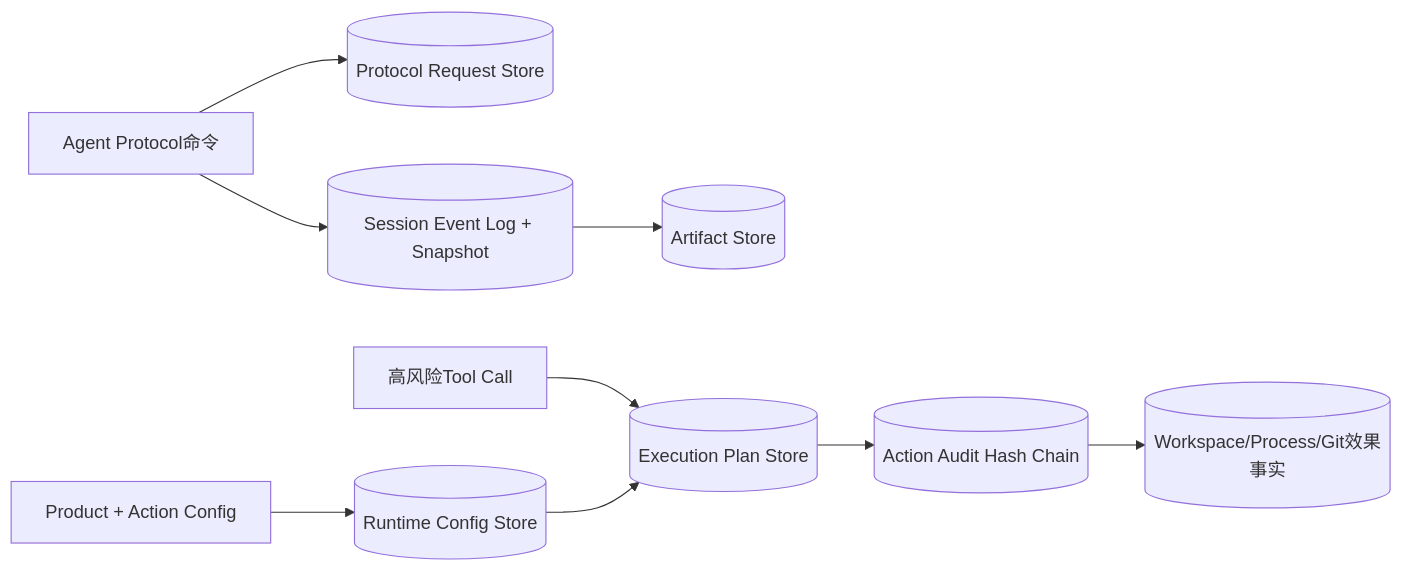
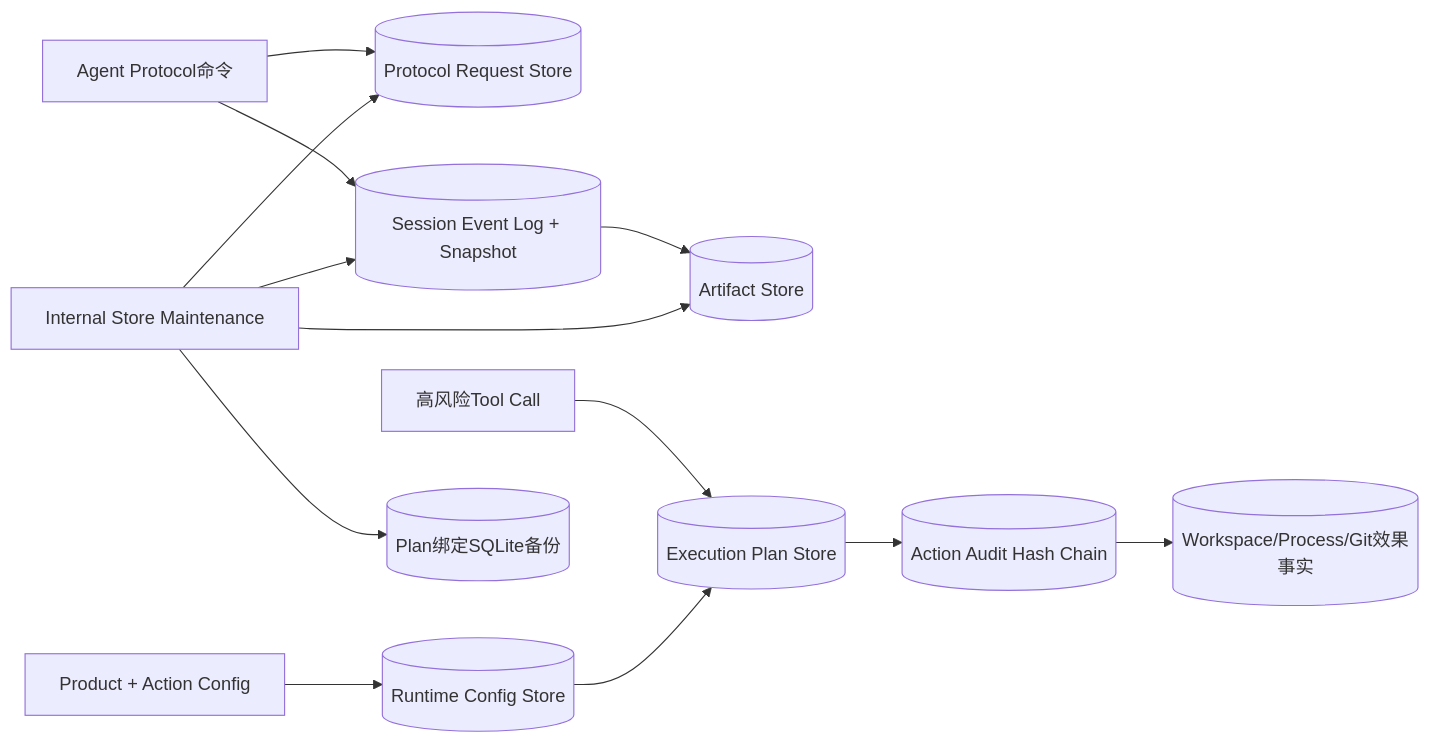
The sixth of 7 diagrams in docs/architecture.md (carrie1988/Harnessix), drawn with Mermaid before and after one commit. The commit also changed other lines of this file and 16 other files, not shown here.

````diff
--- a/docs/architecture.md
+++ b/docs/architecture.md
@@ -301,11 +308,15 @@
 ```mermaid
 flowchart LR
     Commands[Agent Protocol命令] --> Requests[(Protocol Request Store)]
     Commands --> Session[(Session Event Log + Snapshot)]
     Session --> Artifacts[(Artifact Store)]
     ToolCall[高风险Tool Call] --> Plan[(Execution Plan Store)]
     Plan --> Audit[(Action Audit Hash Chain)]
     Audit --> Effects[(Workspace/Process/Git效果事实)]
     Config[Product + Action Config] --> ConfigStore[(Runtime Config Store)]
     ConfigStore --> Plan
+    Maintenance[Internal Store Maintenance] --> Session
+    Maintenance --> Requests
+    Maintenance --> Artifacts
+    Maintenance --> Backup[(Plan绑定SQLite备份)]
 ```
````
